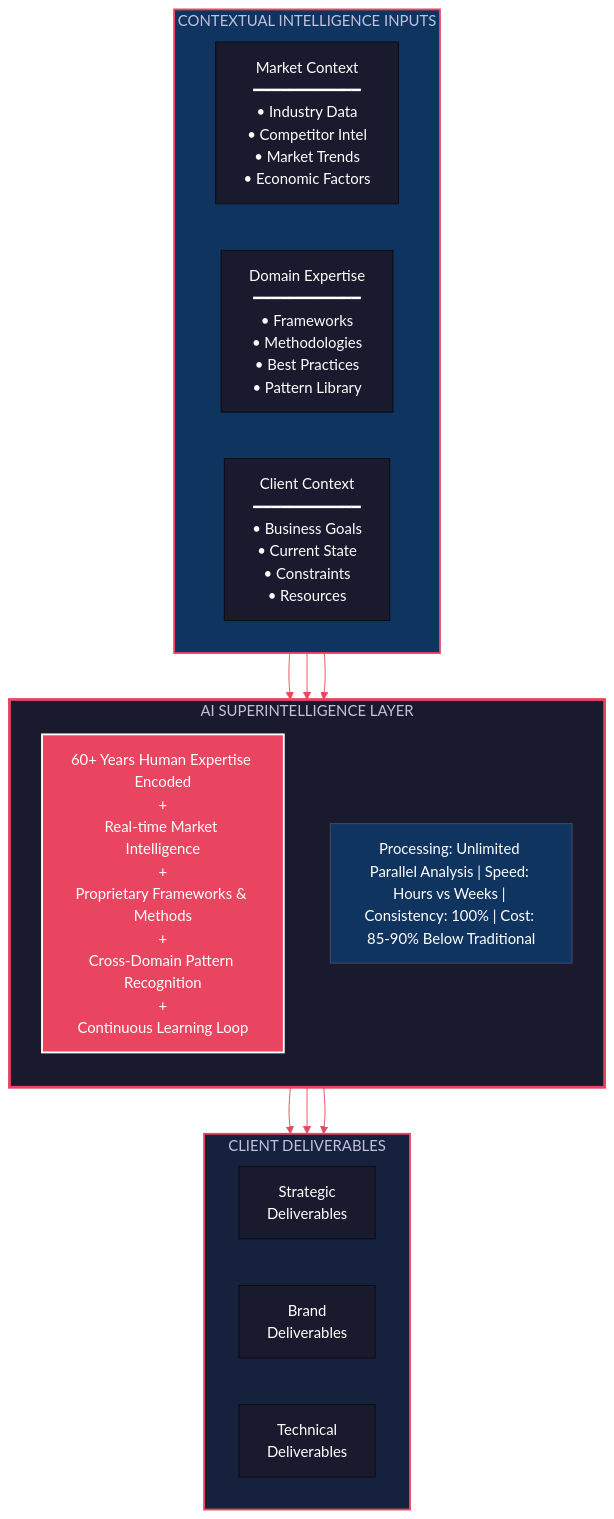
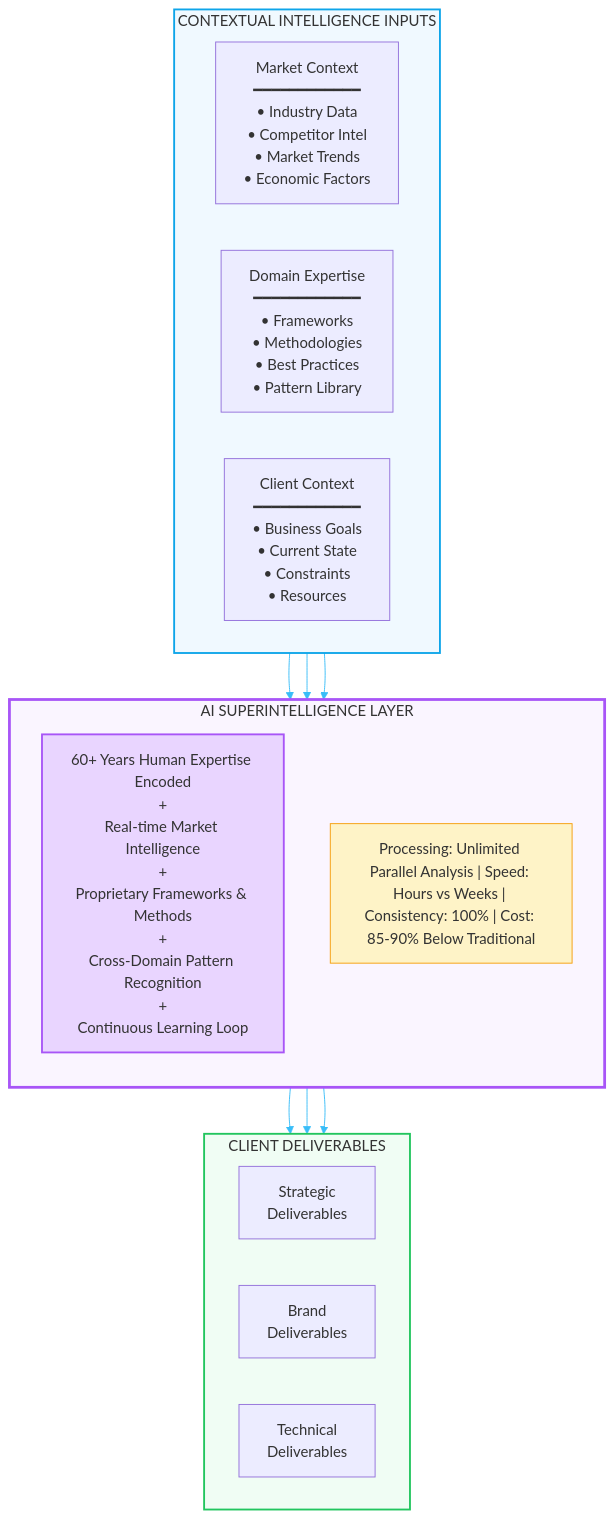
Before and after one commit to Light-Brands/light-consulting: the second of 13 diagrams in docs/resources/ai-intelligence-ecosystem.md, drawn with Mermaid. The commit also changed other lines of this file, not shown here.

First line of the commit message:
Soften mermaid diagram colors for better readability

````diff
--- a/docs/resources/ai-intelligence-ecosystem.md
+++ b/docs/resources/ai-intelligence-ecosystem.md
@@ -64,38 +64,38 @@
 ```mermaid
-%%{init: {'theme': 'base', 'themeVariables': { 'primaryColor': '#1a1a2e', 'primaryTextColor': '#fff', 'lineColor': '#e94560'}}}%%
+%%{init: {'theme': 'default', 'themeVariables': { 'primaryColor': '#e0f2fe', 'primaryTextColor': '#0c4a6e', 'lineColor': '#38bdf8'}}}%%
 flowchart TB
     subgraph inputs["CONTEXTUAL INTELLIGENCE INPUTS"]
         direction LR
         market["Market Context<br/>━━━━━━━━━━━━<br/>• Industry Data<br/>• Competitor Intel<br/>• Market Trends<br/>• Economic Factors"]
         domain["Domain Expertise<br/>━━━━━━━━━━━━<br/>• Frameworks<br/>• Methodologies<br/>• Best Practices<br/>• Pattern Library"]
         client["Client Context<br/>━━━━━━━━━━━━<br/>• Business Goals<br/>• Current State<br/>• Constraints<br/>• Resources"]
     end
 
     market --> ai
     domain --> ai
     client --> ai
 
     subgraph ai["AI SUPERINTELLIGENCE LAYER"]
         direction TB
         core["60+ Years Human Expertise Encoded<br/>+<br/>Real-time Market Intelligence<br/>+<br/>Proprietary Frameworks & Methods<br/>+<br/>Cross-Domain Pattern Recognition<br/>+<br/>Continuous Learning Loop"]
 
         metrics["Processing: Unlimited Parallel Analysis | Speed: Hours vs Weeks | Consistency: 100% | Cost: 85-90% Below Traditional"]
     end
 
     ai --> strategic
     ai --> brandout
     ai --> techout
 
     subgraph outputs["CLIENT DELIVERABLES"]
         direction LR
         strategic["Strategic<br/>Deliverables"]
         brandout["Brand<br/>Deliverables"]
         techout["Technical<br/>Deliverables"]
     end
 
-    style inputs fill:#0f3460,stroke:#e94560,stroke-width:2px
-    style ai fill:#1a1a2e,stroke:#e94560,stroke-width:3px
-    style outputs fill:#16213e,stroke:#e94560,stroke-width:2px
-    style core fill:#e94560,stroke:#fff,stroke-width:2px,color:#fff
-    style metrics fill:#0f3460,stroke:#4a4a6a,stroke-width:1px
+    style inputs fill:#f0f9ff,stroke:#0ea5e9,stroke-width:2px
+    style ai fill:#faf5ff,stroke:#a855f7,stroke-width:3px
+    style outputs fill:#f0fdf4,stroke:#22c55e,stroke-width:2px
+    style core fill:#e9d5ff,stroke:#a855f7,stroke-width:2px
+    style metrics fill:#fef3c7,stroke:#f59e0b,stroke-width:1px
 ```
````
